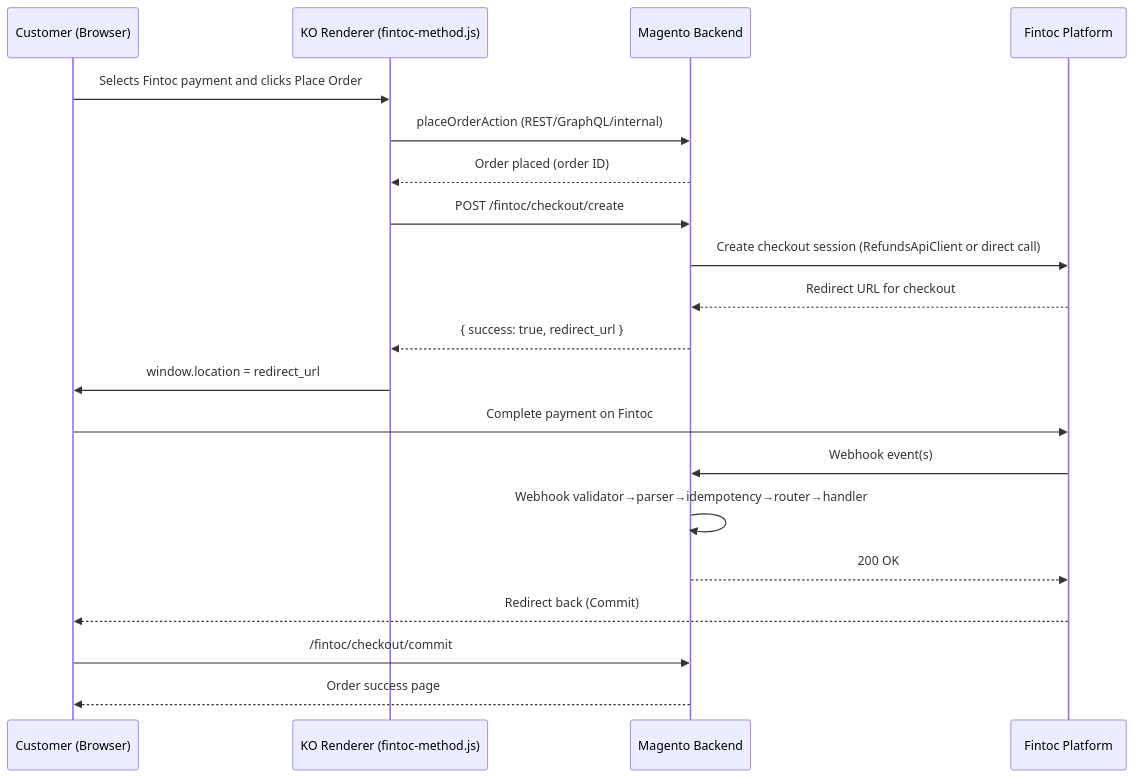
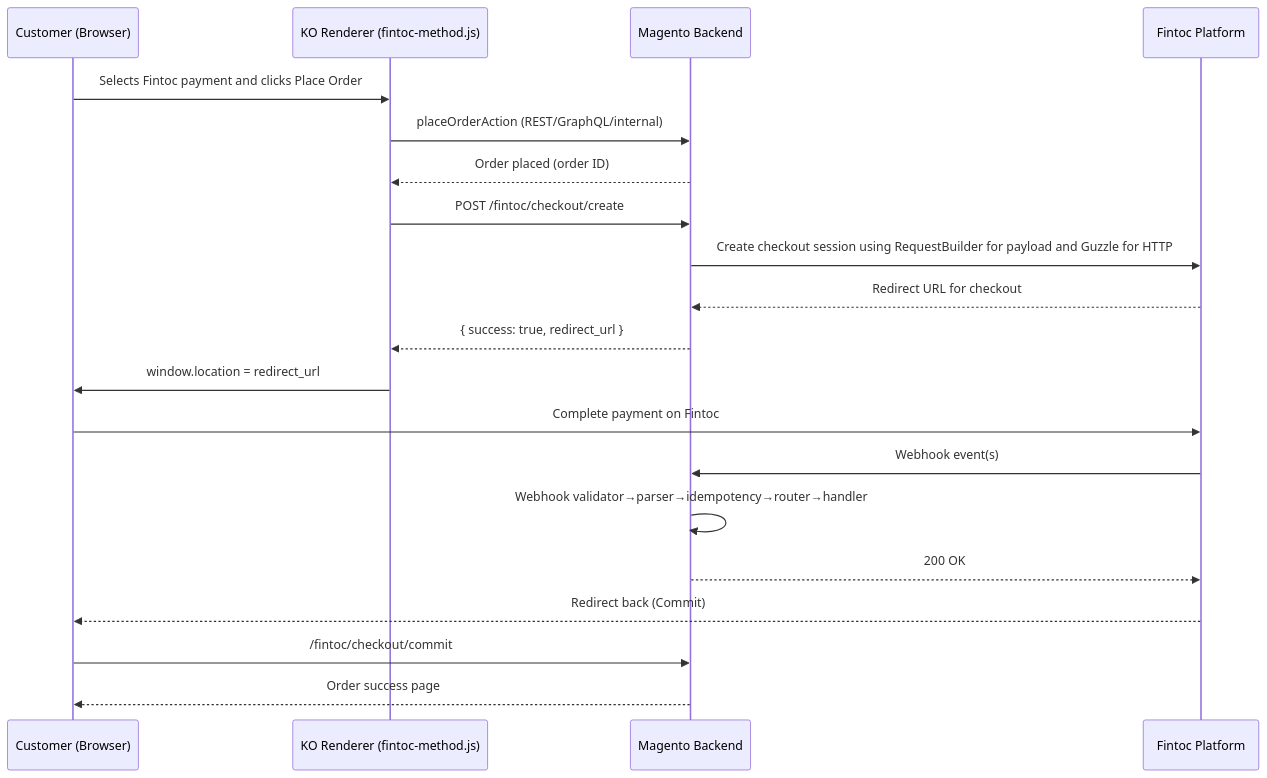
Before and after one commit to Propultech/AC-Fintoc-Payment: the first of 2 diagrams in docs/architecture.md, drawn with Mermaid. The commit also changed other lines of this file and 6 other files, not shown here.

First line of the commit message:
docs: add and document extension points for Checkout Request and Metadata Builders

````diff
--- a/docs/architecture.md
+++ b/docs/architecture.md
@@ -23,23 +23,23 @@
 ```mermaid
 sequenceDiagram
   participant C as Customer (Browser)
   participant KO as KO Renderer (fintoc-method.js)
   participant M as Magento Backend
   participant F as Fintoc Platform
 
   C->>KO: Selects Fintoc payment and clicks Place Order
   KO->>M: placeOrderAction (REST/GraphQL/internal)
   M-->>KO: Order placed (order ID)
   KO->>M: POST /fintoc/checkout/create
-  M->>F: Create checkout session (RefundsApiClient or direct call)
+  M->>F: Create checkout session using RequestBuilder for payload and Guzzle for HTTP
   F-->>M: Redirect URL for checkout
   M-->>KO: { success: true, redirect_url }
   KO->>C: window.location = redirect_url
   C->>F: Complete payment on Fintoc
   F->>M: Webhook event(s)
   M->>M: Webhook validator→parser→idempotency→router→handler
   M-->>F: 200 OK
   F-->>C: Redirect back (Commit)
   C->>M: /fintoc/checkout/commit
   M-->>C: Order success page
 ```
````
